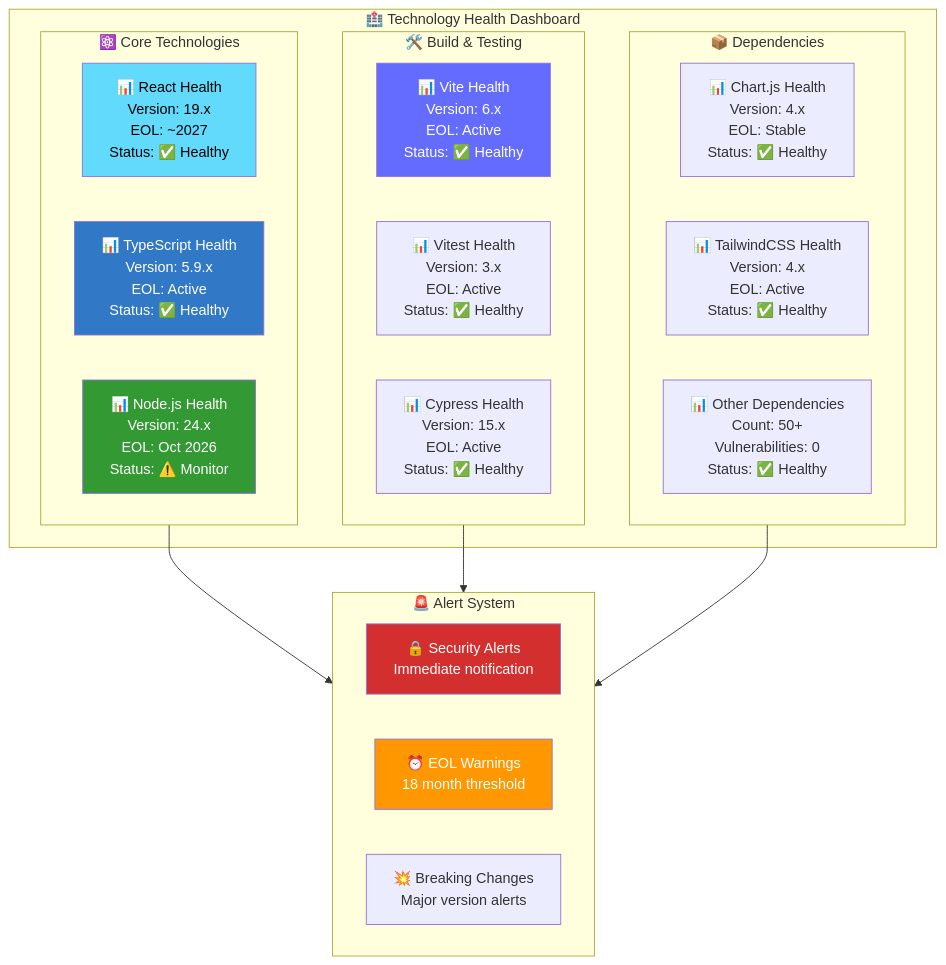
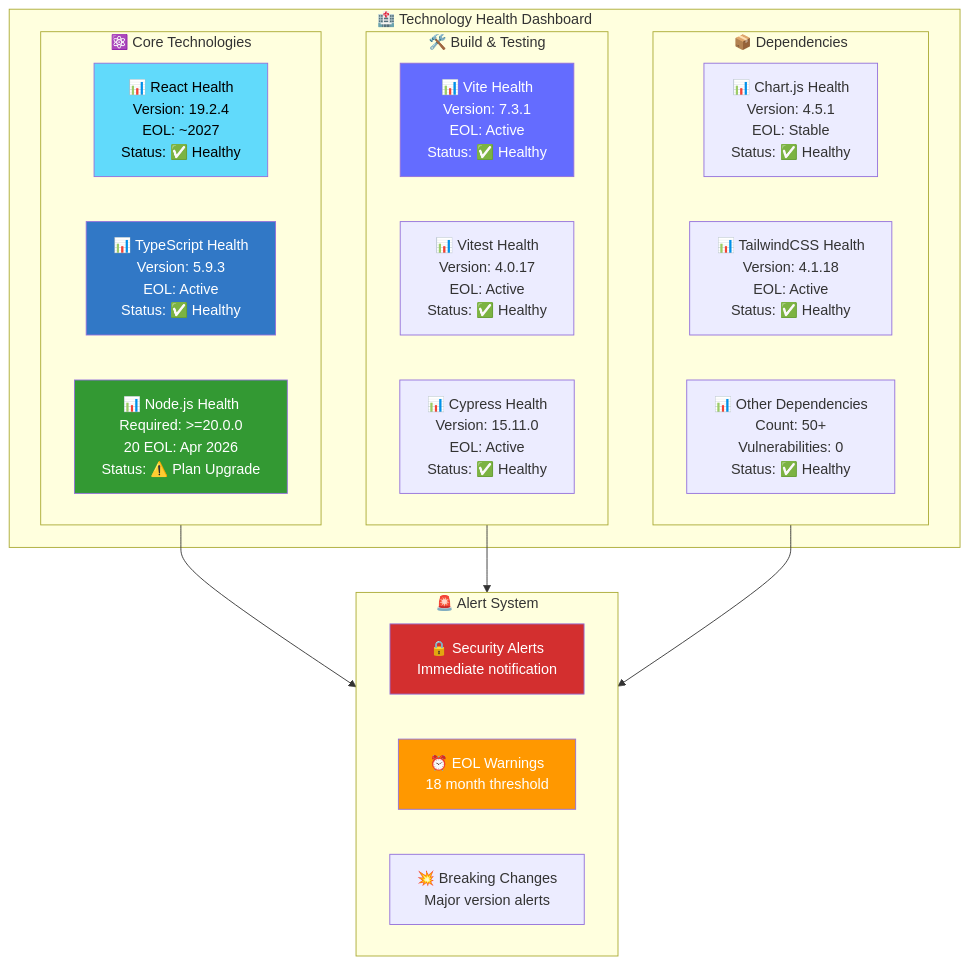
Before and after one commit to Hack23/cia-compliance-manager: the ninth of 9 diagrams in docs/End-of-Life-Strategy.md, drawn with Mermaid. The commit also changed other lines of this file, not shown here.

First line of the commit message:
Update End-of-Life-Strategy.md with new Node.js schedule, updated tech versions, and ISMS alignment

````diff
--- a/docs/End-of-Life-Strategy.md
+++ b/docs/End-of-Life-Strategy.md
@@ -526,39 +694,39 @@
 ```mermaid
 graph TB
     subgraph HEALTH["🏥 Technology Health Dashboard"]
         subgraph CORE["⚛️ Core Technologies"]
-            REACT[📊 React Health<br/>Version: 19.x<br/>EOL: ~2027<br/>Status: ✅ Healthy]
-            TS[📊 TypeScript Health<br/>Version: 5.9.x<br/>EOL: Active<br/>Status: ✅ Healthy]
-            NODE[📊 Node.js Health<br/>Version: 24.x<br/>EOL: Oct 2026<br/>Status: ⚠️ Monitor]
+            REACT[📊 React Health<br/>Version: 19.2.4<br/>EOL: ~2027<br/>Status: ✅ Healthy]
+            TS[📊 TypeScript Health<br/>Version: 5.9.3<br/>EOL: Active<br/>Status: ✅ Healthy]
+            NODE[📊 Node.js Health<br/>Required: >=20.0.0<br/>20 EOL: Apr 2026<br/>Status: ⚠️ Plan Upgrade]
         end
         
         subgraph TOOLS["🛠️ Build & Testing"]
-            VITE[📊 Vite Health<br/>Version: 6.x<br/>EOL: Active<br/>Status: ✅ Healthy]
-            VITEST[📊 Vitest Health<br/>Version: 3.x<br/>EOL: Active<br/>Status: ✅ Healthy]
-            CYPRESS[📊 Cypress Health<br/>Version: 15.x<br/>EOL: Active<br/>Status: ✅ Healthy]
+            VITE[📊 Vite Health<br/>Version: 7.3.1<br/>EOL: Active<br/>Status: ✅ Healthy]
+            VITEST[📊 Vitest Health<br/>Version: 4.0.17<br/>EOL: Active<br/>Status: ✅ Healthy]
+            CYPRESS[📊 Cypress Health<br/>Version: 15.11.0<br/>EOL: Active<br/>Status: ✅ Healthy]
         end
         
         subgraph DEPS["📦 Dependencies"]
-            CHART[📊 Chart.js Health<br/>Version: 4.x<br/>EOL: Stable<br/>Status: ✅ Healthy]
-            TAILWIND[📊 TailwindCSS Health<br/>Version: 4.x<br/>EOL: Active<br/>Status: ✅ Healthy]
+            CHART[📊 Chart.js Health<br/>Version: 4.5.1<br/>EOL: Stable<br/>Status: ✅ Healthy]
+            TAILWIND[📊 TailwindCSS Health<br/>Version: 4.1.18<br/>EOL: Active<br/>Status: ✅ Healthy]
             OTHER[📊 Other Dependencies<br/>Count: 50+<br/>Vulnerabilities: 0<br/>Status: ✅ Healthy]
         end
     end
     
     subgraph ALERTS["🚨 Alert System"]
         SECURITY[🔒 Security Alerts<br/>Immediate notification]
         EOL[⏰ EOL Warnings<br/>18 month threshold]
         BREAKING[💥 Breaking Changes<br/>Major version alerts]
     end
     
     CORE --> ALERTS
     TOOLS --> ALERTS
     DEPS --> ALERTS
     
     style REACT fill:#61dafb,color:#000
     style TS fill:#3178c6,color:#fff
     style NODE fill:#339933,color:#fff
     style VITE fill:#646cff,color:#fff
     style SECURITY fill:#d32f2f,color:#fff
     style EOL fill:#ff9800,color:#fff
 ```
````
